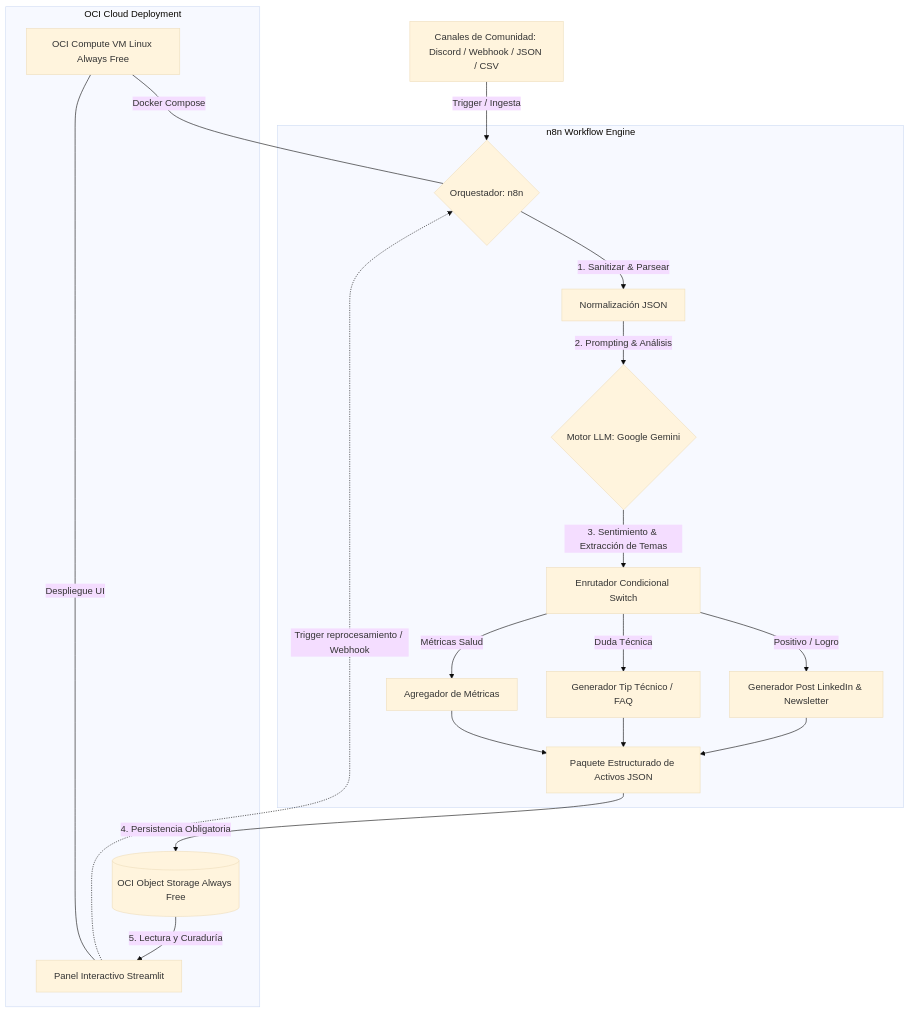
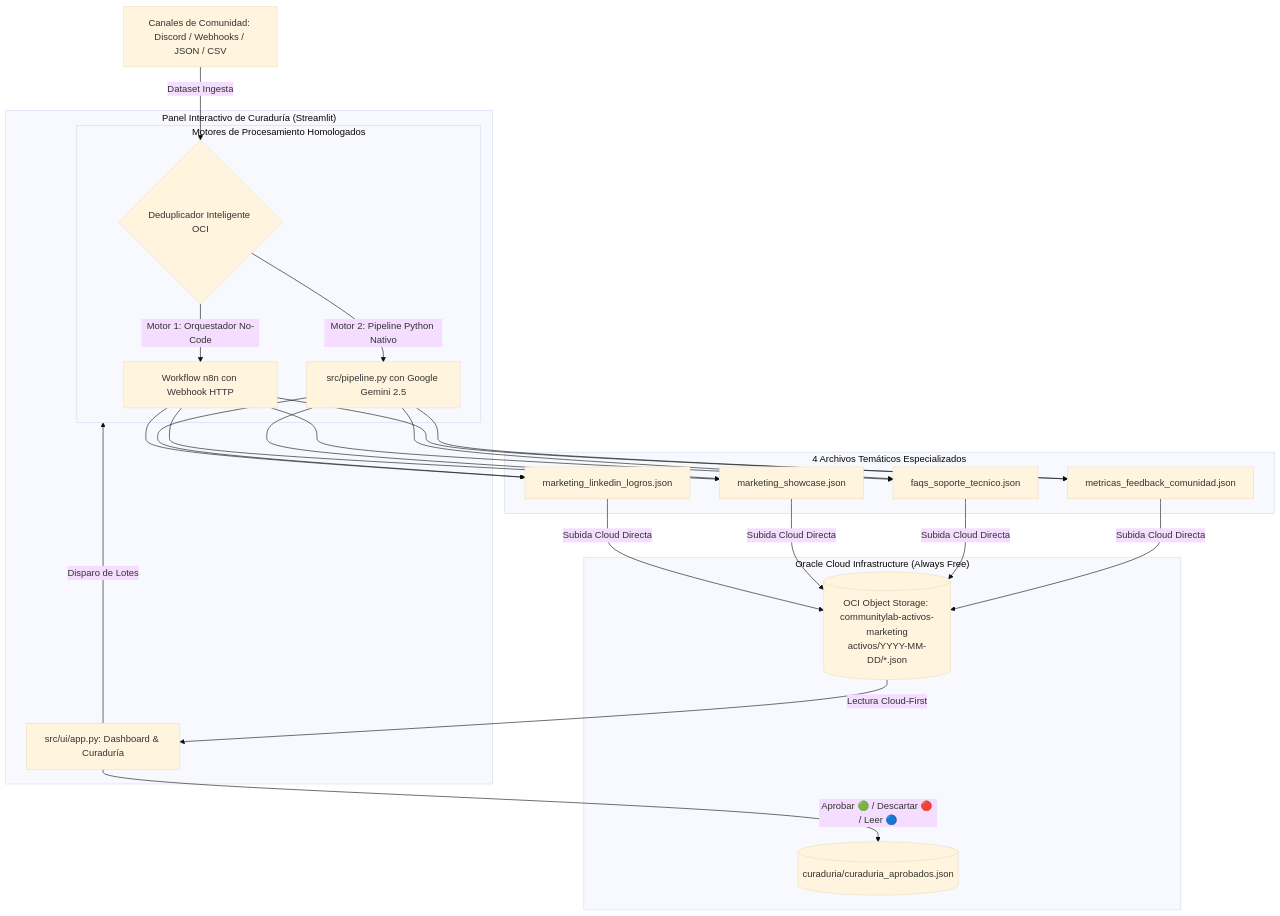
The diagram in README.md (No-Country-simulation/G10-LATAM-equipo6-CommunityLab), drawn with Mermaid (base theme) before and after one commit. The commit also changed other lines of this file and 3 other files, not shown here.

Commit message:
docs: actualizar documentacion integral del proyecto (arquitectura dual, OCI y Sprint 3)

````diff
--- a/README.md
+++ b/README.md
@@ -20,25 +22,27 @@
 ```mermaid
 flowchart TD
-    A[Canales de Comunidad: Discord / Webhook / JSON / CSV] -->|Trigger / Ingesta| N8N{Orquestador: n8n}
+    A[Canales de Comunidad: Discord / Webhooks / JSON / CSV] -->|Dataset Ingesta| DEDUP{Deduplicador Inteligente OCI}
     
-    subgraph n8n Workflow Engine
-        N8N -->|1. Sanitizar & Parsear| N1[Normalización JSON]
-        N1 -->|2. Prompting & Análisis| C{Motor LLM: Google Gemini}
-        C -->|3. Sentimiento & Extracción de Temas| D[Enrutador Condicional Switch]
-        D -->|Positivo / Logro| E1[Generador Post LinkedIn & Newsletter]
-        D -->|Duda Técnica| E2[Generador Tip Técnico / FAQ]
-        D -->|Métricas Salud| E3[Agregador de Métricas]
-        E1 & E2 & E3 --> F[Paquete Estructurado de Activos JSON]
+    subgraph DUAL_ENGINE ["Motores de Procesamiento Homologados"]
+        DEDUP -->|Motor 1: Orquestador No-Code| N8N[Workflow n8n con Webhook HTTP]
+        DEDUP -->|Motor 2: Pipeline Python Nativo| PY[src/pipeline.py con Google Gemini 2.5]
     end
     
-    F -->|4. Persistencia Obligatoria| G[(OCI Object Storage Always Free)]
-    G -->|5. Lectura y Curaduría| H[Panel Interactivo Streamlit]
-    H -.->|Trigger reprocesamiento / Webhook| N8N
+    subgraph ESPECIALIZACION ["4 Archivos Temáticos Especializados"]
+        N8N & PY --> ARCH1[marketing_linkedin_logros.json]
+        N8N & PY --> ARCH2[marketing_showcase.json]
+        N8N & PY --> ARCH3[faqs_soporte_tecnico.json]
+        N8N & PY --> ARCH4[metricas_feedback_comunidad.json]
+    end
     
-    subgraph OCI Cloud Deployment
-        G
-        VM[OCI Compute VM Linux Always Free]
-        VM ---|Docker Compose| N8N
-        VM ---|Despliegue UI| H
+    subgraph OCI_CLOUD ["Oracle Cloud Infrastructure (Always Free)"]
+        ARCH1 & ARCH2 & ARCH3 & ARCH4 -->|Subida Cloud Directa| BUCKET[("OCI Object Storage: communitylab-activos-marketing<br/>activos/YYYY-MM-DD/*.json")]
+        CUR_DATA[("curaduria/curaduria_aprobados.json")]
+    end
+    
+    subgraph STREAMLIT_PANEL ["Panel Interactivo de Curaduría (Streamlit)"]
+        BUCKET -->|Lectura Cloud-First| UI[src/ui/app.py: Dashboard & Curaduría]
+        UI -->|Aprobar 🟢 / Descartar 🔴 / Leer 🔵| CUR_DATA
+        UI -->|Disparo de Lotes| DUAL_ENGINE
     end
 ```
````
